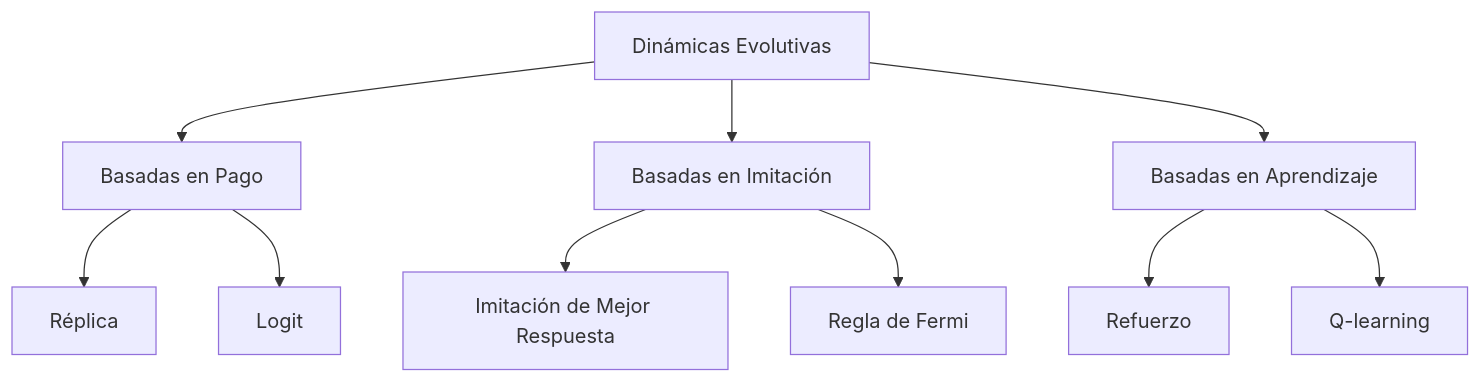
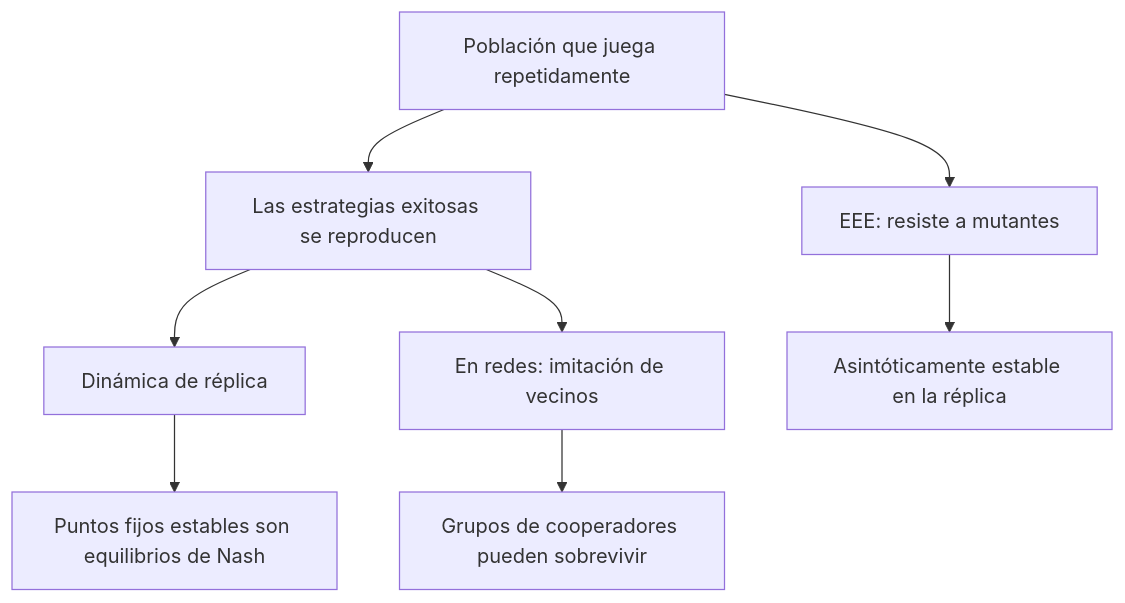
One commit to djaimej/computer-science-template changed the diagram in public/documents/semester-5/2/5264.md. Above: the diagram before and after it, drawn with Mermaid. The commit also changed other lines of this file and 4 other files, not shown here.

````diff
--- a/public/documents/semester-5/2/5264.md
+++ b/public/documents/semester-5/2/5264.md
@@ -42,13 +53,10 @@
 ```mermaid
-graph TD
-    A[Dinámicas Evolutivas] --> B[Basadas en Pago]
-    A --> C[Basadas en Imitación]
-    A --> D[Basadas en Aprendizaje]
-
-    B --> E[Réplica]
-    B --> F[Logit]
-    C --> G[Imitación de Mejor Respuesta]
-    C --> H[Regla de Fermi]
-    D --> I[Refuerzo]
-    D --> J[Q-learning]
+flowchart TD
+    A["Población que juega repetidamente"] --> B["Las estrategias exitosas se reproducen"]
+    B --> C["Dinámica de réplica"]
+    C --> D["Puntos fijos estables son equilibrios de Nash"]
+    A --> E["EEE: resiste a mutantes"]
+    E --> F["Asintóticamente estable en la réplica"]
+    B --> G["En redes: imitación de vecinos"]
+    G --> H["Grupos de cooperadores pueden sobrevivir"]
 ```
````
